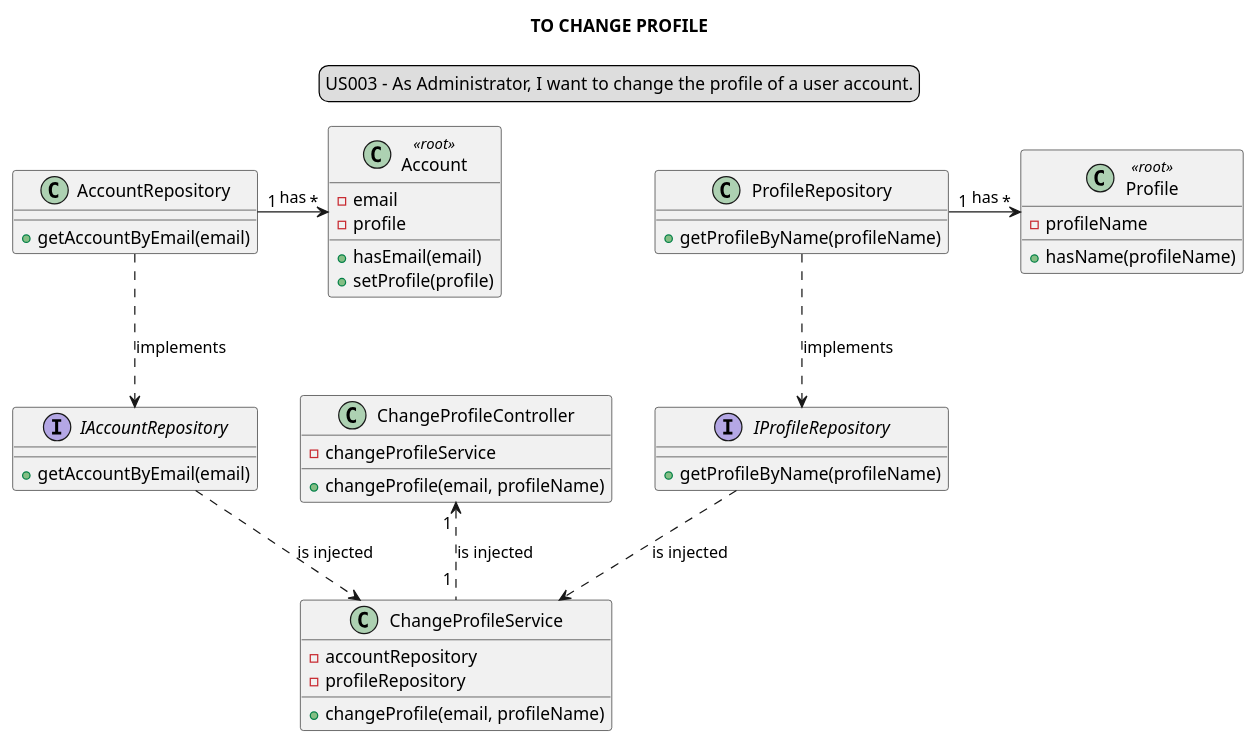
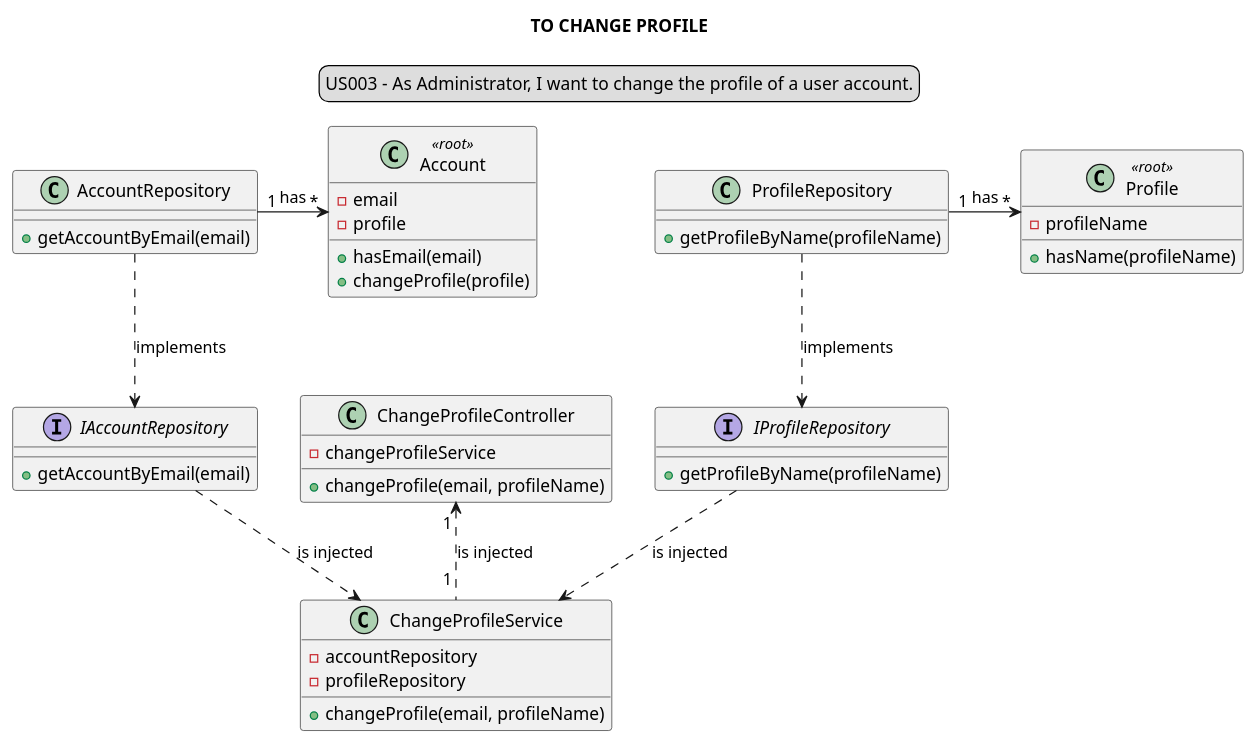
The diagram in docs/modelling_design/user_stories/sprint01/us003/US003_classDiagram.puml (Loracline/project_switch_22-23), drawn with PlantUML before and after one commit. The commit also changed 1 other file, not shown here.

Commit message:
US003: Refactor to DDD: Design: Update the Class diagram of the US003, addresses #394 and Update general ClassDiagram_ddd, addresses #216

```diff
--- a/docs/modelling_design/user_stories/sprint01/us003/US003_classDiagram.puml
+++ b/docs/modelling_design/user_stories/sprint01/us003/US003_classDiagram.puml
@@ -1,54 +1,54 @@
 @startuml
 legend top
 US003 - As Administrator, I want to change the profile of a user account.
 end legend
 skinparam sequenceMessageAlign center
 title TO CHANGE PROFILE
 
 class ChangeProfileController {
 -changeProfileService
 +changeProfile(email, profileName)
 }
 
 class ChangeProfileService {
 -accountRepository
 -profileRepository
 +changeProfile(email, profileName)
 }
 
 class AccountRepository{
 +getAccountByEmail(email)
 }
 
 class ProfileRepository{
 +getProfileByName(profileName)
 }
 
 interface IAccountRepository{
 +getAccountByEmail(email)
 }
 
 interface IProfileRepository{
 +getProfileByName(profileName)
 }
 
 class Account <<root>>{
 -email
 -profile
 +hasEmail(email)
-+setProfile(profile)
++changeProfile(profile)
 }
 
 class Profile <<root>>{
 -profileName
 +hasName(profileName)
 }
 
 AccountRepository "1"->"*" Account: has
 ProfileRepository "1"->"*" Profile: has
 ChangeProfileController"1 " <.. "1 "ChangeProfileService: is injected
 IAccountRepository ..> ChangeProfileService : is injected
 IProfileRepository ..> ChangeProfileService : is injected
 AccountRepository ..> IAccountRepository : implements
 ProfileRepository ..> IProfileRepository : implements
 @enduml
```
